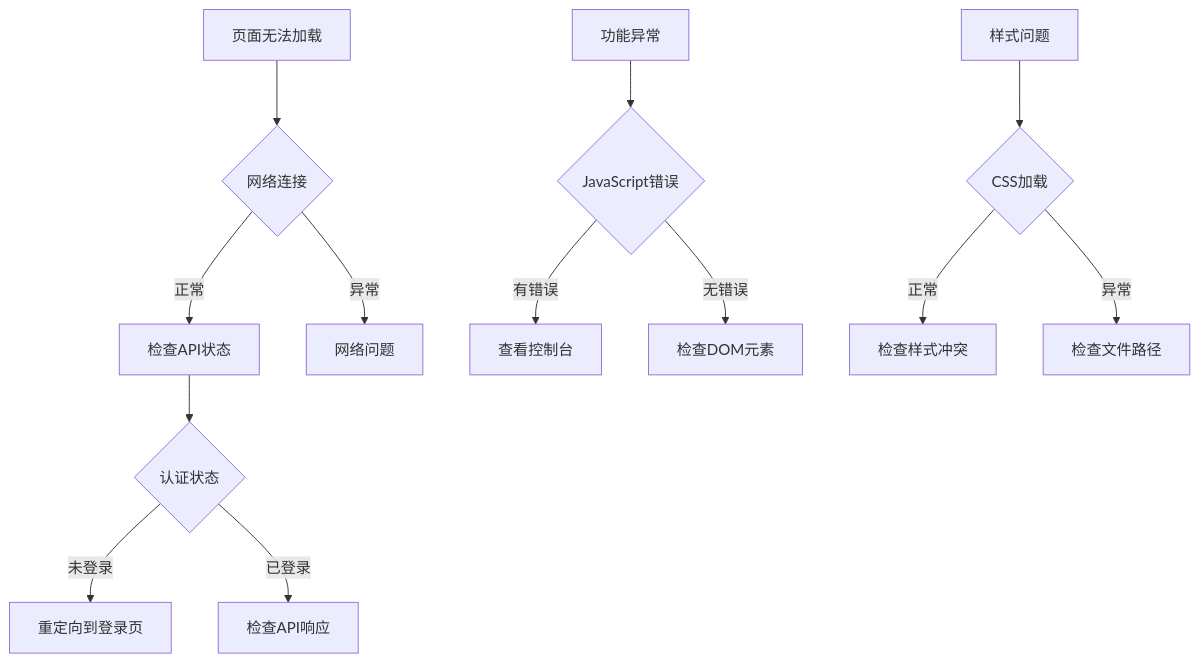
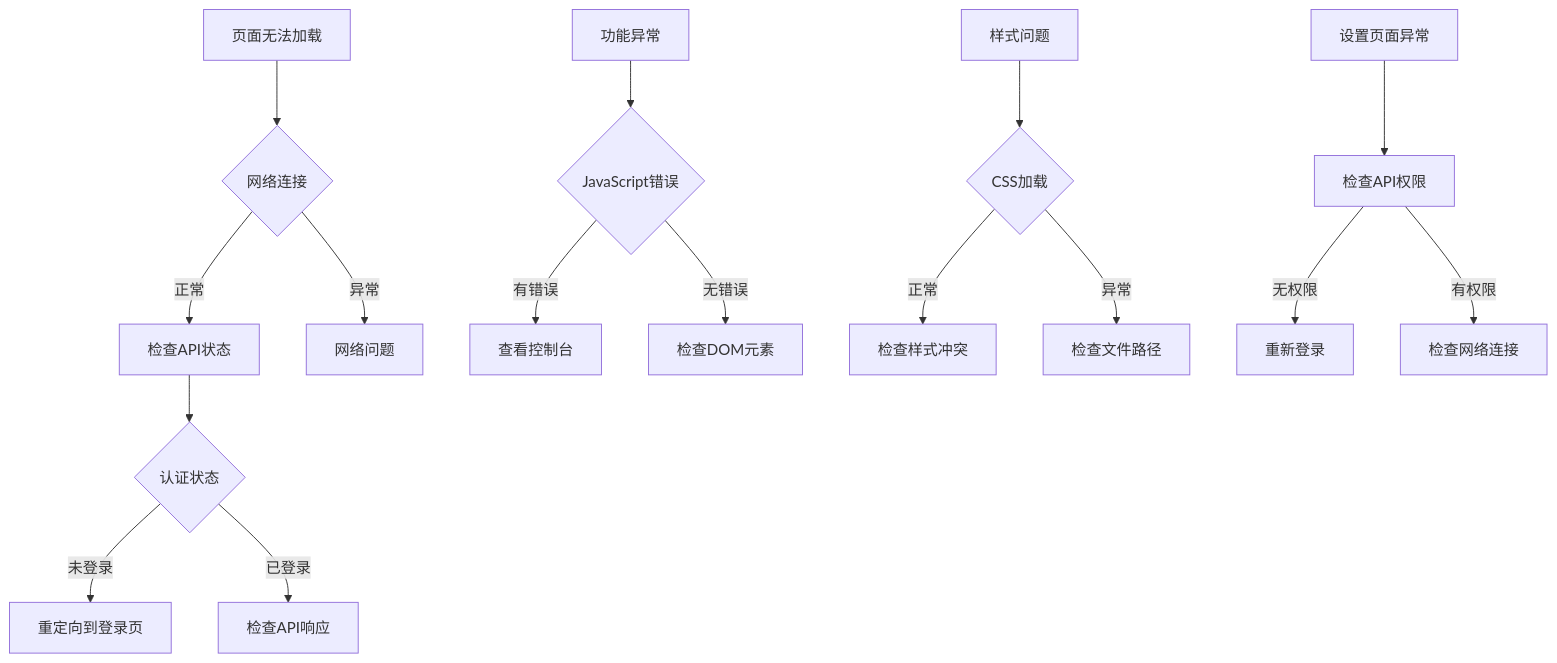
Diagram 17 of 17 in .qoder/repowiki/zh/content/前端页面详解/前端页面详解.md (louyinmin/recorded), drawn with Mermaid before and after one commit. The commit also changed other lines of this file and 6 other files, not shown here.

````diff
--- a/.qoder/repowiki/zh/content/前端页面详解/前端页面详解.md
+++ b/.qoder/repowiki/zh/content/前端页面详解/前端页面详解.md
@@ -556,15 +698,18 @@
 ```mermaid
 flowchart TD
 A[页面无法加载] --> B{网络连接}
 B --> |正常| C[检查API状态]
 B --> |异常| D[网络问题]
 C --> E{认证状态}
 E --> |未登录| F[重定向到登录页]
 E --> |已登录| G[检查API响应]
 H[功能异常] --> I{JavaScript错误}
 I --> |有错误| J[查看控制台]
 I --> |无错误| K[检查DOM元素]
 L[样式问题] --> M{CSS加载}
 M --> |正常| N[检查样式冲突]
 M --> |异常| O[检查文件路径]
+P[设置页面异常] --> Q[检查API权限]
+Q --> |无权限| R[重新登录]
+Q --> |有权限| S[检查网络连接]
 ```
````
